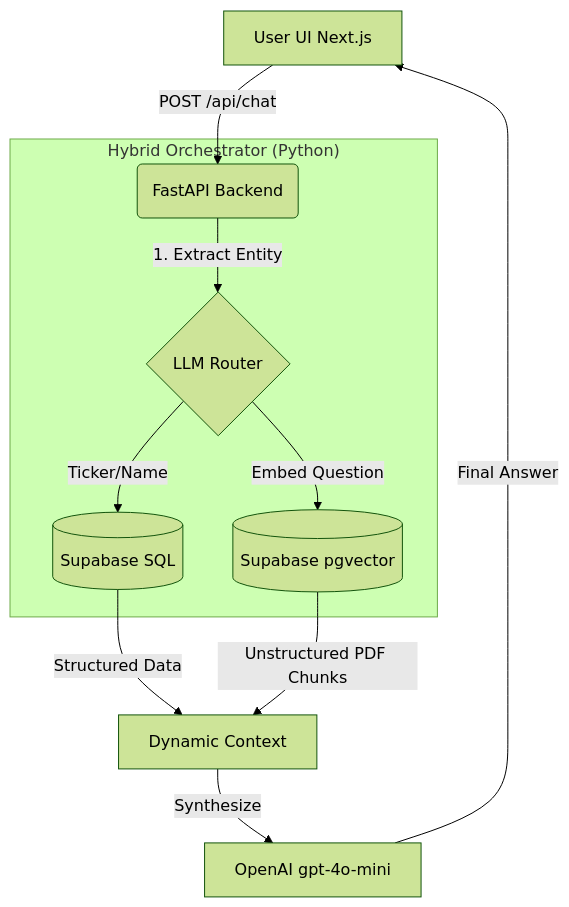
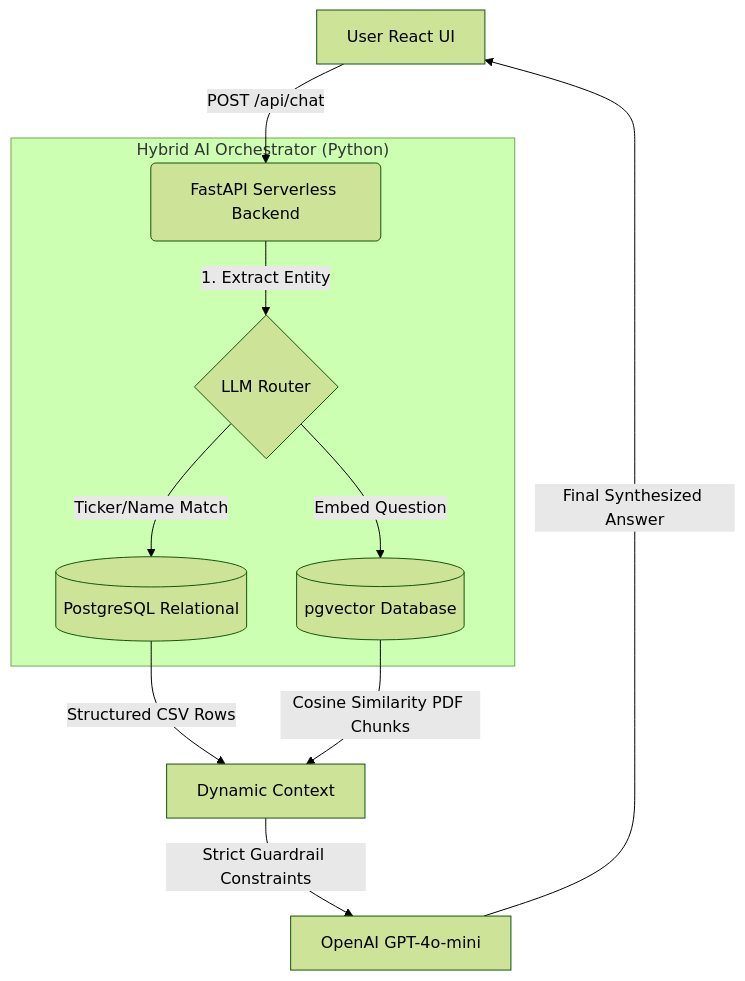
The diagram in README.md (negraodenio/talk2data), drawn with Mermaid (forest theme) before and after one commit. The commit also changed other lines of this file, not shown here.

Commit message:
docs: overwrite readme with final architecture and vercel deployment details

````diff
--- a/README.md
+++ b/README.md
@@ -9,16 +27,16 @@
 ```mermaid
 graph TD
-    A[User UI Next.js] -->|POST /api/chat| B(FastAPI Backend)
+    A[User React UI] -->|POST /api/chat| B(FastAPI Serverless Backend)
     
-    subgraph "Hybrid Orchestrator (Python)"
+    subgraph "Hybrid AI Orchestrator (Python)"
     B -->|1. Extract Entity| C{LLM Router}
-    C -->|Ticker/Name| D[(Supabase SQL)]
-    C -->|Embed Question| E[(Supabase pgvector)]
+    C -->|Ticker/Name Match| D[(PostgreSQL Relational)]
+    C -->|Embed Question| E[(pgvector Database)]
     end
     
-    D -->|Structured Data| F[Dynamic Context]
-    E -->|Unstructured PDF Chunks| F
+    D -->|Structured CSV Rows| F[Dynamic Context]
+    E -->|Cosine Similarity PDF Chunks| F
     
-    F -->|Synthesize| G[OpenAI gpt-4o-mini]
-    G -->|Final Answer| A
+    F -->|Strict Guardrail Constraints| G[OpenAI GPT-4o-mini]
+    G -->|Final Synthesized Answer| A
 ```
````
